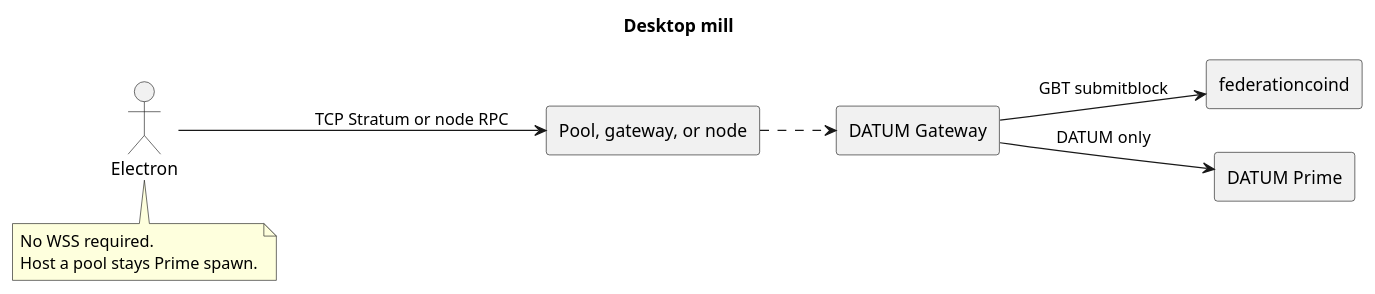
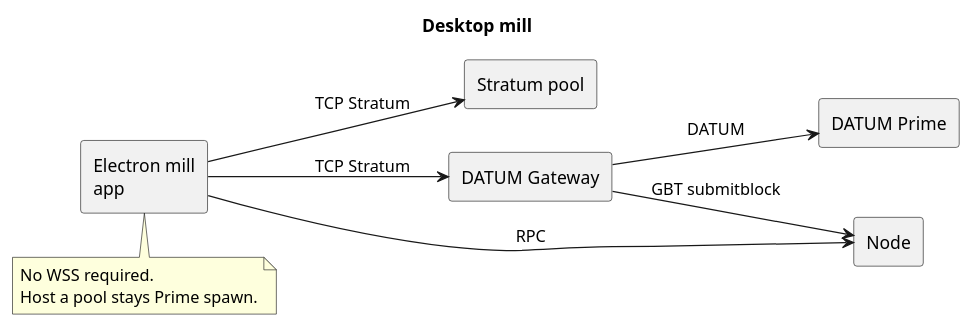
The diagram in public/docs/mill-desktop.puml (FederationCoin/cpu-miner), drawn with PlantUML before and after one commit. The commit also changed 33 other files, not shown here.

First line of the commit message:
Give mill Docs a hasher-view chart and split toasts into blue ok vs red error.

```diff
--- a/public/docs/mill-desktop.puml
+++ b/public/docs/mill-desktop.puml
@@ -1,17 +1,18 @@
 @startuml mill-desktop
 title Desktop mill
 left to right direction
-actor Electron
-rectangle "Pool, gateway, or node" as Target
+rectangle "Electron mill\napp" as Mill
+rectangle "Stratum pool" as Pool
 rectangle "DATUM Gateway" as Gw
-rectangle "federationcoind" as Node
+rectangle "Node" as Node
 rectangle "DATUM Prime" as Prime
-Electron --> Target : TCP Stratum or node RPC
-Target ..> Gw
+Mill --> Pool : TCP Stratum
+Mill --> Gw : TCP Stratum
+Mill --> Node : RPC
 Gw --> Node : GBT submitblock
-Gw --> Prime : DATUM only
-note bottom of Electron
+Gw --> Prime : DATUM
+note bottom of Mill
   No WSS required.
   Host a pool stays Prime spawn.
 end note
 @enduml
```
